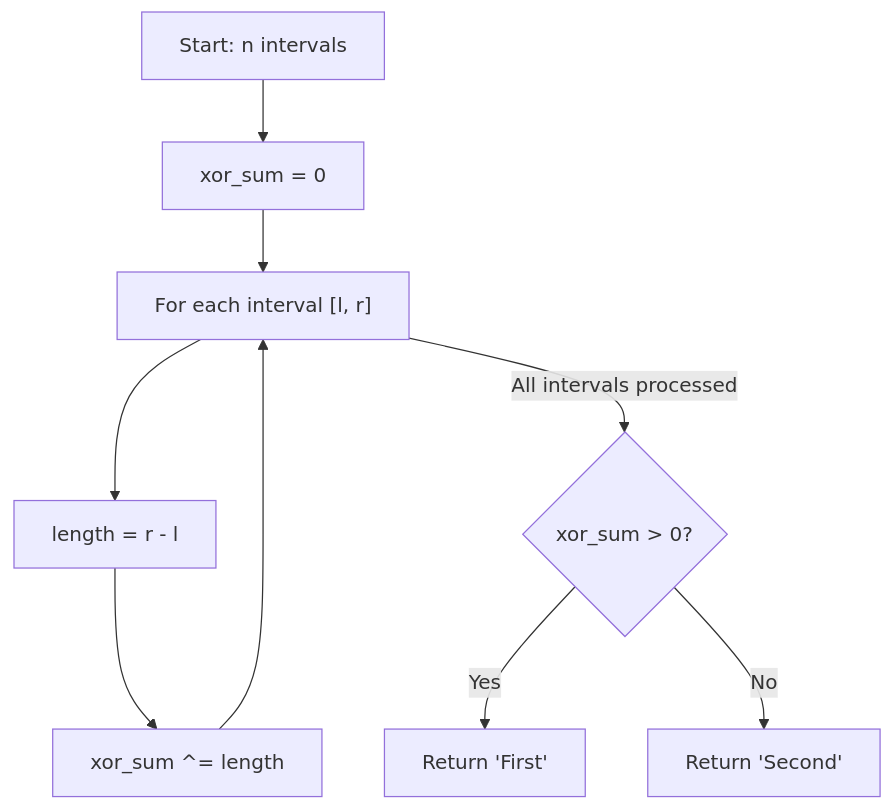
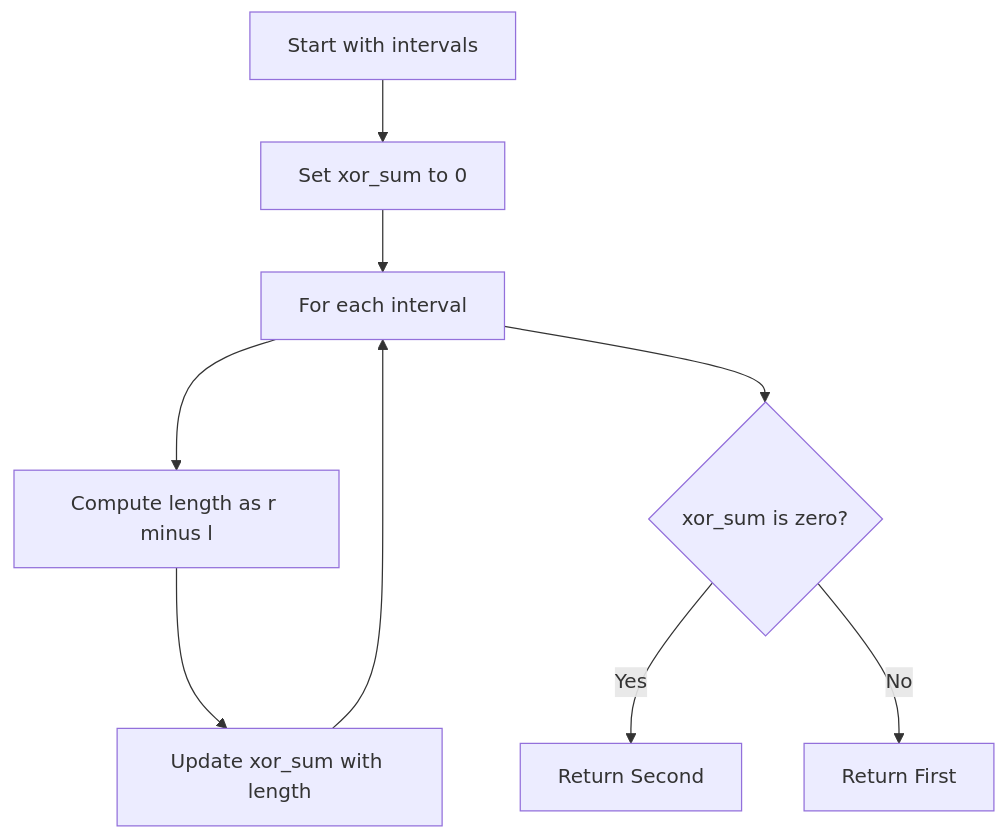
Before and after one commit to GundalaNikhil/DSA: the diagram in dsa-problems/GameTheory/editorials/GMT-005-interval-removal-game.md, drawn with Mermaid. The commit also changed other lines of this file and 429 other files, not shown here.

````diff
--- a/dsa-problems/GameTheory/editorials/GMT-005-interval-removal-game.md
+++ b/dsa-problems/GameTheory/editorials/GMT-005-interval-removal-game.md
@@ -57,11 +59,11 @@
 ```mermaid
 flowchart TD
-    Start["Start: n intervals"] --> Init["xor_sum = 0"]
-    Init --> Loop["For each interval [l, r]"]
-    Loop --> CalcLen["length = r - l"]
-    CalcLen --> XOR["xor_sum ^= length"]
-    XOR --> Loop
-    Loop -->|All intervals processed| Check{"xor_sum > 0?"}
-    Check -->|Yes| First["Return 'First'"]
-    Check -->|No| Second["Return 'Second'"]
+    A[Start with intervals] --> B[Set xor_sum to 0]
+    B --> C[For each interval]
+    C --> D[Compute length as r minus l]
+    D --> E[Update xor_sum with length]
+    E --> C
+    C --> F{xor_sum is zero?}
+    F -- Yes --> G[Return Second]
+    F -- No --> H[Return First]
 ```
````
